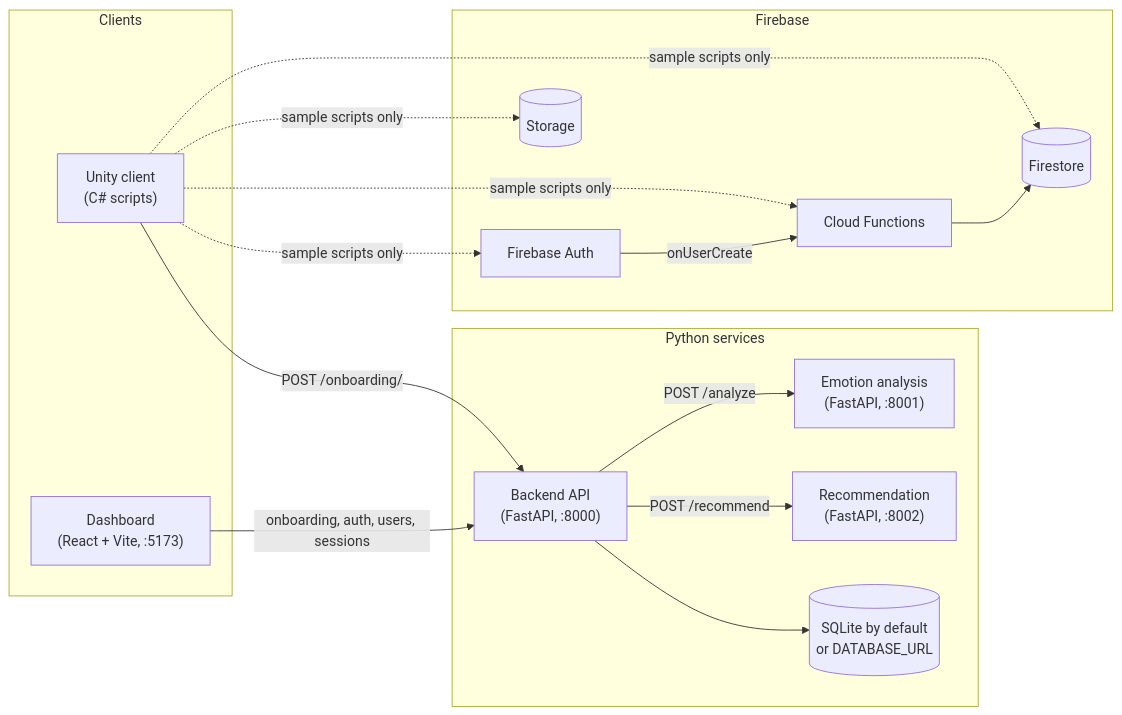
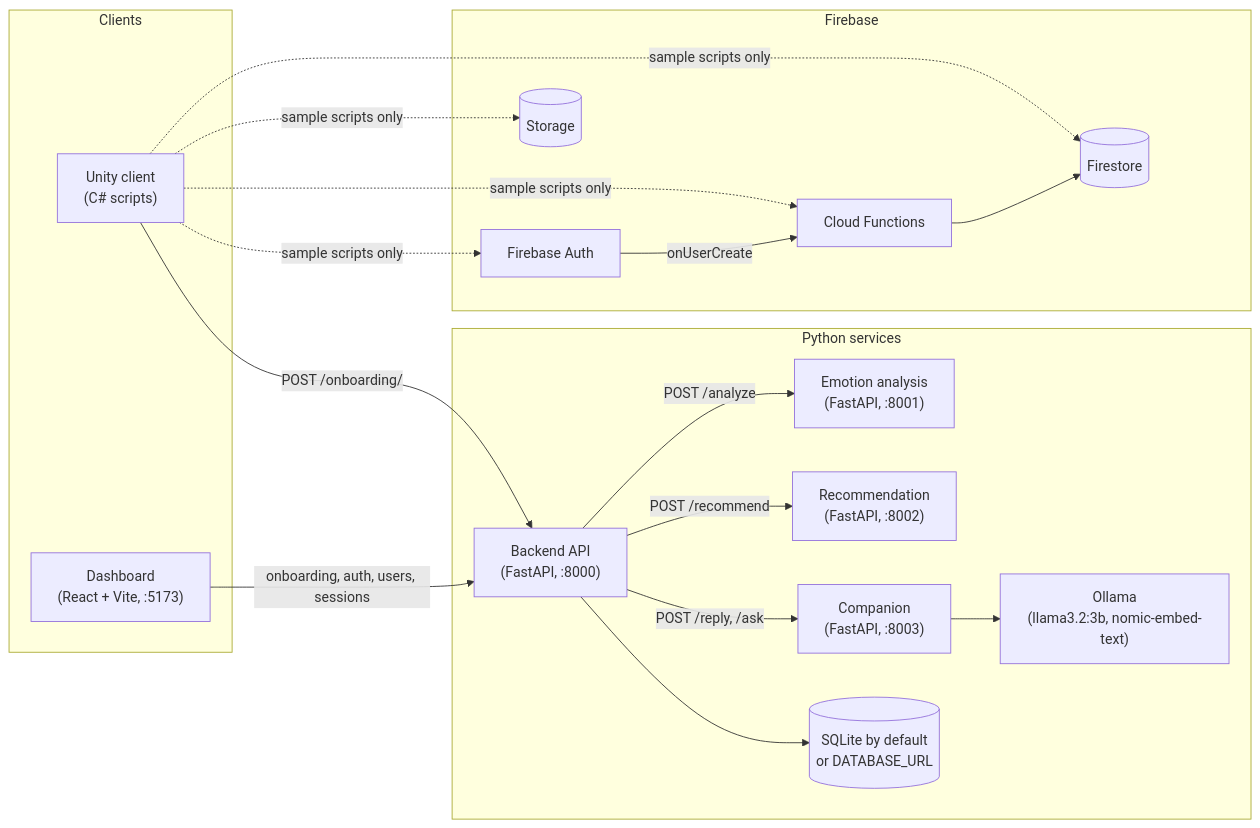
One commit to psychicDree/CortexAI changed the first of 2 diagrams in Docs/SystemArchitecture.md. Above: the diagram before and after it, drawn with Mermaid. The commit also changed other lines of this file and 4 other files, not shown here.

````diff
--- a/Docs/SystemArchitecture.md
+++ b/Docs/SystemArchitecture.md
@@ -7,33 +7,37 @@
 ```mermaid
 flowchart LR
   subgraph Clients
     U["Unity client<br/>(C# scripts)"]
     D["Dashboard<br/>(React + Vite, :5173)"]
   end
 
   subgraph Python services
     API["Backend API<br/>(FastAPI, :8000)"]
     EA["Emotion analysis<br/>(FastAPI, :8001)"]
     REC["Recommendation<br/>(FastAPI, :8002)"]
+    CMP["Companion<br/>(FastAPI, :8003)"]
+    OL["Ollama<br/>(llama3.2:3b, nomic-embed-text)"]
     DB[("SQLite by default<br/>or DATABASE_URL")]
   end
 
   subgraph Firebase
     FA["Firebase Auth"]
     FN["Cloud Functions"]
     FS[("Firestore")]
     ST[("Storage")]
   end
 
   U -- "POST /onboarding/" --> API
   D -- "onboarding, auth, users, sessions" --> API
   API --> DB
   API -- "POST /analyze" --> EA
   API -- "POST /recommend" --> REC
+  API -- "POST /reply, /ask" --> CMP
+  CMP --> OL
   U -. "sample scripts only" .-> FA
   U -. "sample scripts only" .-> FS
   U -. "sample scripts only" .-> ST
   U -. "sample scripts only" .-> FN
   FA -- "onUserCreate" --> FN
   FN --> FS
 ```
````
